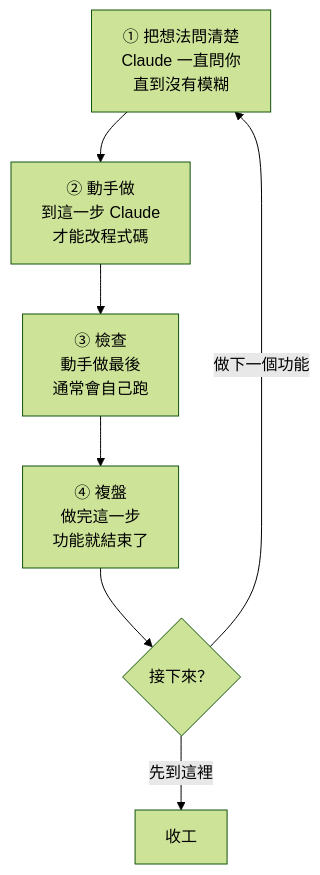
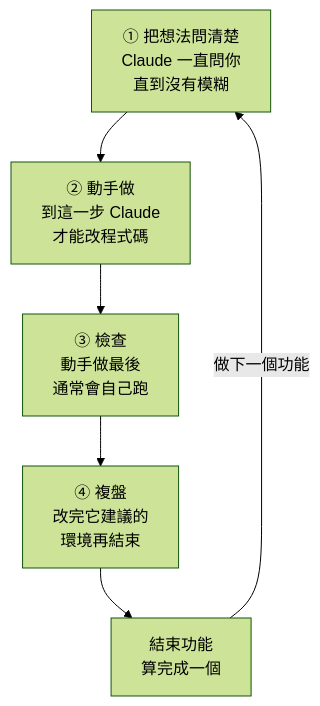
The diagram in docs/new-project.md (kevin801221/matt-flow-mods), drawn with Mermaid (forest theme) before and after one commit. The commit also changed other lines of this file and 6 other files, not shown here.

First line of the commit message:
matt-flow 0.6: a step passes when the person moves on, jumps are refused, /clear keeps the rail

````diff
--- a/docs/new-project.md
+++ b/docs/new-project.md
@@ -65,9 +65,8 @@
 ```mermaid
 flowchart TD
     s1["① 把想法問清楚<br/>Claude 一直問你<br/>直到沒有模糊"] --> s2["② 動手做<br/>到這一步 Claude<br/>才能改程式碼"]
     s2 --> s3["③ 檢查<br/>動手做最後<br/>通常會自己跑"]
-    s3 --> s4["④ 複盤<br/>做完這一步<br/>功能就結束了"]
-    s4 --> pick{"接下來？"}
-    pick -->|"做下一個功能"| s1
-    pick -->|"先到這裡"| stop1["收工"]
+    s3 --> s4["④ 複盤<br/>改完它建議的<br/>環境再結束"]
+    s4 --> done1["結束功能<br/>算完成一個"]
+    done1 -->|"做下一個功能"| s1
 ```
````
